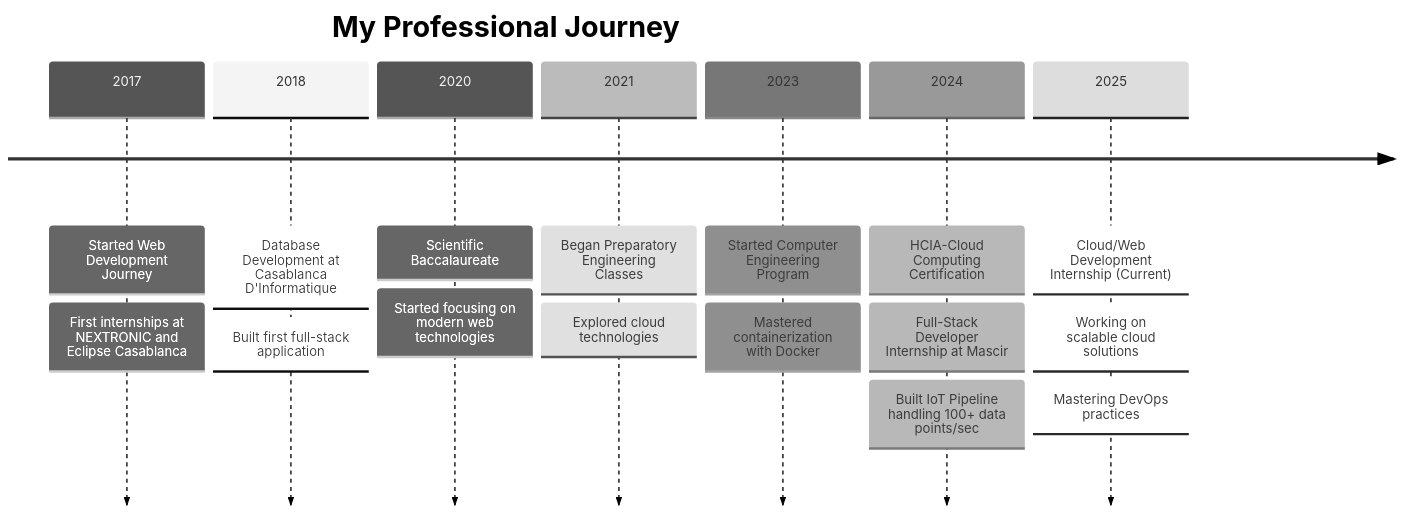
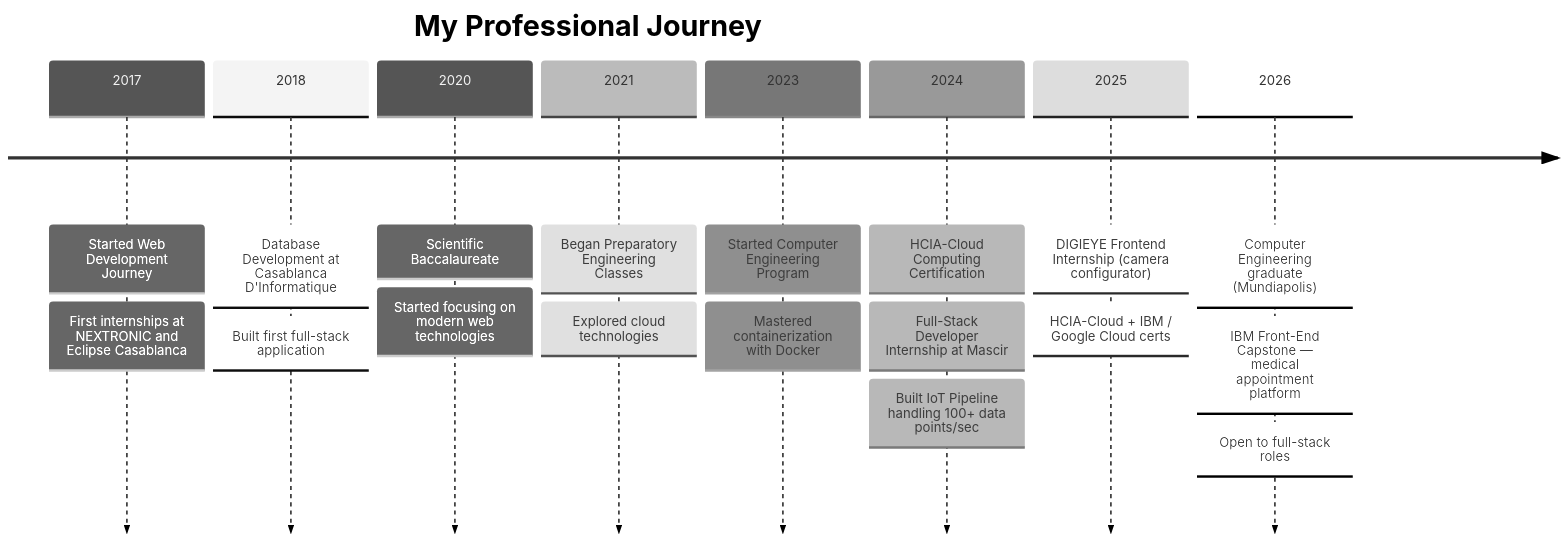
Before and after one commit to thejokers69/thejokers69: the diagram in README.md, drawn with Mermaid (neutral theme). The commit also changed other lines of this file and 1 other file, not shown here.

````diff
--- a/README.md
+++ b/README.md
@@ -37,20 +35,22 @@
 ```mermaid
 timeline
     title My Professional Journey
     2017 : Started Web Development Journey
          : First internships at NEXTRONIC and Eclipse Casablanca
     2018 : Database Development at Casablanca D'Informatique
          : Built first full-stack application
     2020 : Scientific Baccalaureate
          : Started focusing on modern web technologies
     2021 : Began Preparatory Engineering Classes
          : Explored cloud technologies
     2023 : Started Computer Engineering Program
          : Mastered containerization with Docker
     2024 : HCIA-Cloud Computing Certification
          : Full-Stack Developer Internship at Mascir
          : Built IoT Pipeline handling 100+ data points/sec
-    2025 : Cloud/Web Development Internship (Current)
-         : Working on scalable cloud solutions
-         : Mastering DevOps practices
+    2025 : DIGIEYE Frontend Internship (camera configurator)
+         : HCIA-Cloud + IBM / Google Cloud certs
+    2026 : Computer Engineering graduate (Mundiapolis)
+         : IBM Front-End Capstone — medical appointment platform
+         : Open to full-stack roles
 ```
````
